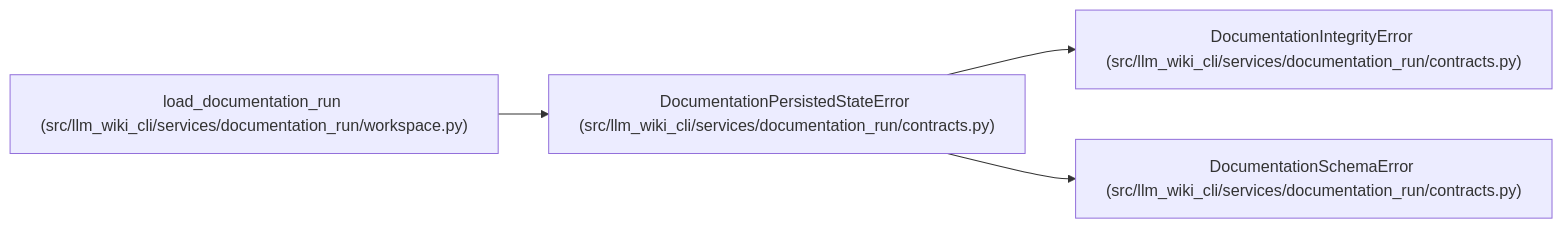
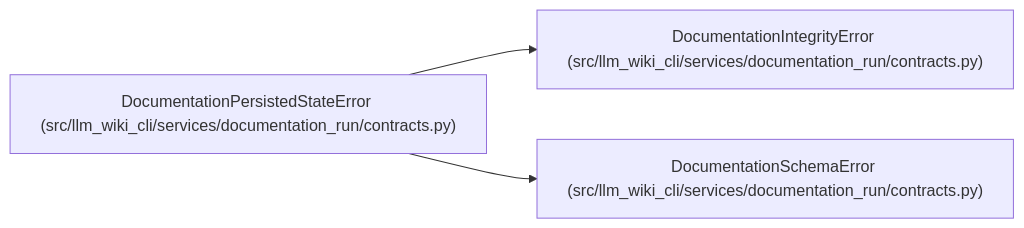
The diagram in docs/llm_wiki/entities/DocumentationPersistedStateError.md (Denissvgn/python-wiki-llm), drawn with Mermaid before and after one commit. The commit also changed other lines of this file and 719 other files, not shown here.

````diff
--- a/docs/llm_wiki/entities/DocumentationPersistedStateError.md
+++ b/docs/llm_wiki/entities/DocumentationPersistedStateError.md
@@ -23,14 +23,11 @@
 ```mermaid
 flowchart LR
     n0["DocumentationPersistedStateError (src/llm_wiki_cli/services/documentation_run/contracts.py)"]
     n1["DocumentationIntegrityError (src/llm_wiki_cli/services/documentation_run/contracts.py)"]
     n2["DocumentationSchemaError (src/llm_wiki_cli/services/documentation_run/contracts.py)"]
-    n3["load_documentation_run (src/llm_wiki_cli/services/documentation_run/workspace.py)"]
     n0 --> n1
     n0 --> n2
-    n3 --> n0
     click n0 "../modules/documentation_run_contracts.md"
     click n1 "../modules/documentation_run_contracts.md"
     click n2 "../modules/documentation_run_contracts.md"
-    click n3 "../modules/workspace.md"
 ```
````
